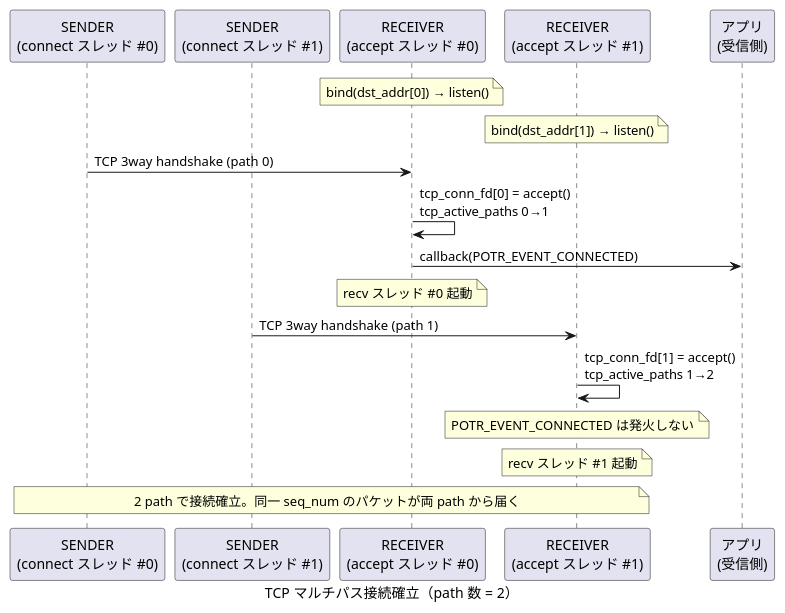
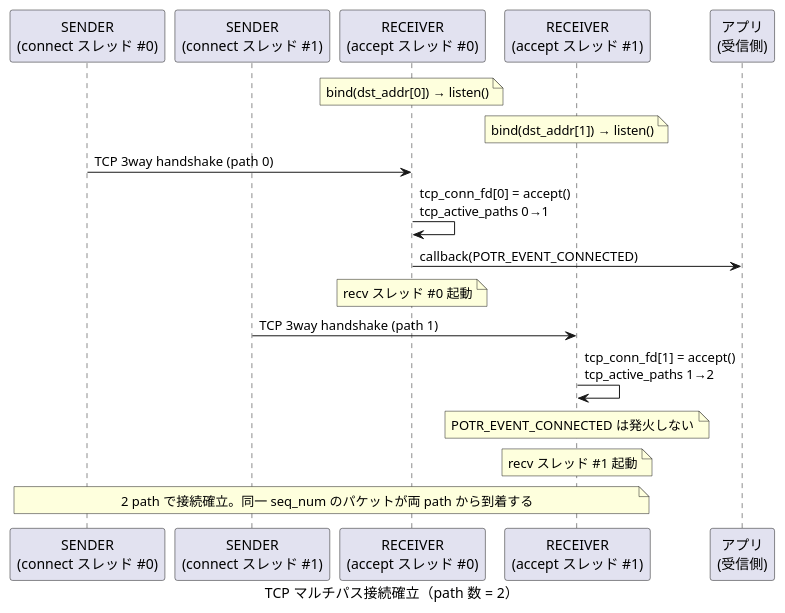
Before and after one commit to Hondarer/app_porter: the seventh of 9 diagrams in docs/sequence-tcp.md, drawn with PlantUML. The commit also changed other lines of this file and 39 other files, not shown here.

````diff
--- a/docs/sequence-tcp.md
+++ b/docs/sequence-tcp.md
@@ -205,26 +205,26 @@
 ```plantuml
 @startuml TCP マルチパス接続確立
 caption TCP マルチパス接続確立（path 数 = 2）
 
 participant "SENDER\n(connect スレッド #0)" as SC0
 participant "SENDER\n(connect スレッド #1)" as SC1
 participant "RECEIVER\n(accept スレッド #0)" as RA0
 participant "RECEIVER\n(accept スレッド #1)" as RA1
 participant "アプリ\n(受信側)" as RAPP
 
 note over RA0: bind(dst_addr[0]) → listen()
 note over RA1: bind(dst_addr[1]) → listen()
 
 SC0 -> RA0: TCP 3way handshake (path 0)
 RA0 -> RA0: tcp_conn_fd[0] = accept()\ntcp_active_paths 0→1
 RA0 -> RAPP: callback(POTR_EVENT_CONNECTED)
 note over RA0: recv スレッド #0 起動
 
 SC1 -> RA1: TCP 3way handshake (path 1)
 RA1 -> RA1: tcp_conn_fd[1] = accept()\ntcp_active_paths 1→2
 note over RA1: POTR_EVENT_CONNECTED は発火しない
 note over RA1: recv スレッド #1 起動
 
-note over SC0,RA1: 2 path で接続確立。同一 seq_num のパケットが両 path から届く
+note over SC0,RA1: 2 path で接続確立。同一 seq_num のパケットが両 path から到着する
 @enduml
 ```
````
